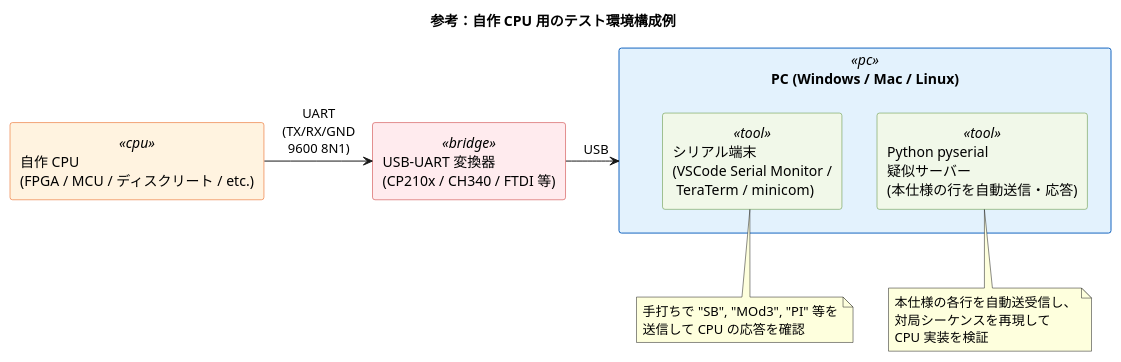
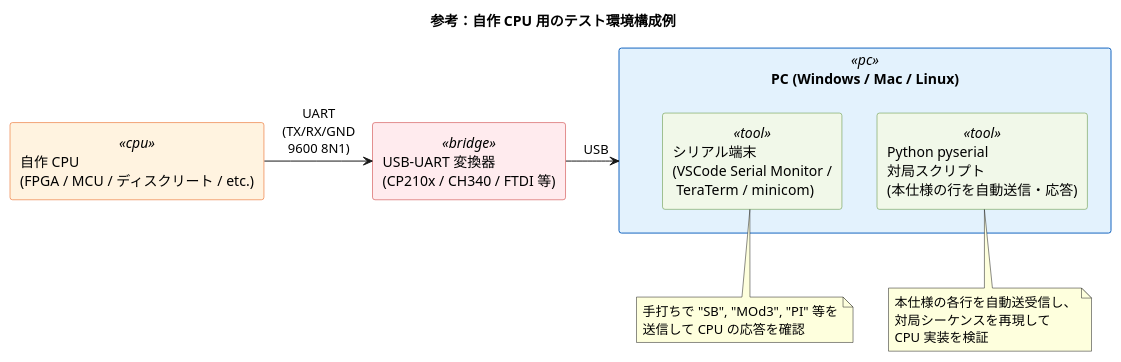
The diagram in test-setup.puml (open-tommie/reversi-uart-protocol), drawn with PlantUML before and after one commit. The commit also changed 14 other files, not shown here.

```diff
--- a/test-setup.puml
+++ b/test-setup.puml
@@ -1,41 +1,41 @@
 @startuml 61-test-setup
 title 参考：自作 CPU 用のテスト環境構成例
 
 skinparam shadowing false
 skinparam componentStyle rectangle
 
 skinparam rectangle {
     BackgroundColor<<cpu>> #FFF3E0
     BorderColor<<cpu>> #E65100
     BackgroundColor<<bridge>> #FFEBEE
     BorderColor<<bridge>> #C62828
     BackgroundColor<<pc>> #E3F2FD
     BorderColor<<pc>> #1565C0
     BackgroundColor<<tool>> #F1F8E9
     BorderColor<<tool>> #558B2F
 }
 
 rectangle "自作 CPU\n(FPGA / MCU / ディスクリート / etc.)" as cpu <<cpu>>
 
 rectangle "USB-UART 変換器\n(CP210x / CH340 / FTDI 等)" as bridge <<bridge>>
 
 rectangle "PC (Windows / Mac / Linux)" as pc <<pc>> {
   rectangle "シリアル端末\n(VSCode Serial Monitor /\n TeraTerm / minicom)" as term <<tool>>
-  rectangle "Python pyserial\n疑似サーバー\n(本仕様の行を自動送信・応答)" as pyser <<tool>>
+  rectangle "Python pyserial\n対局スクリプト\n(本仕様の行を自動送信・応答)" as pyser <<tool>>
 }
 
 cpu -right-> bridge : UART\n(TX/RX/GND\n9600 8N1)
 bridge -right-> pc : USB
 
 note bottom of term
   手打ちで "SB", "MOd3", "PI" 等を
   送信して CPU の応答を確認
 end note
 
 note bottom of pyser
   本仕様の各行を自動送受信し、
   対局シーケンスを再現して
   CPU 実装を検証
 end note
 
 @enduml
```
